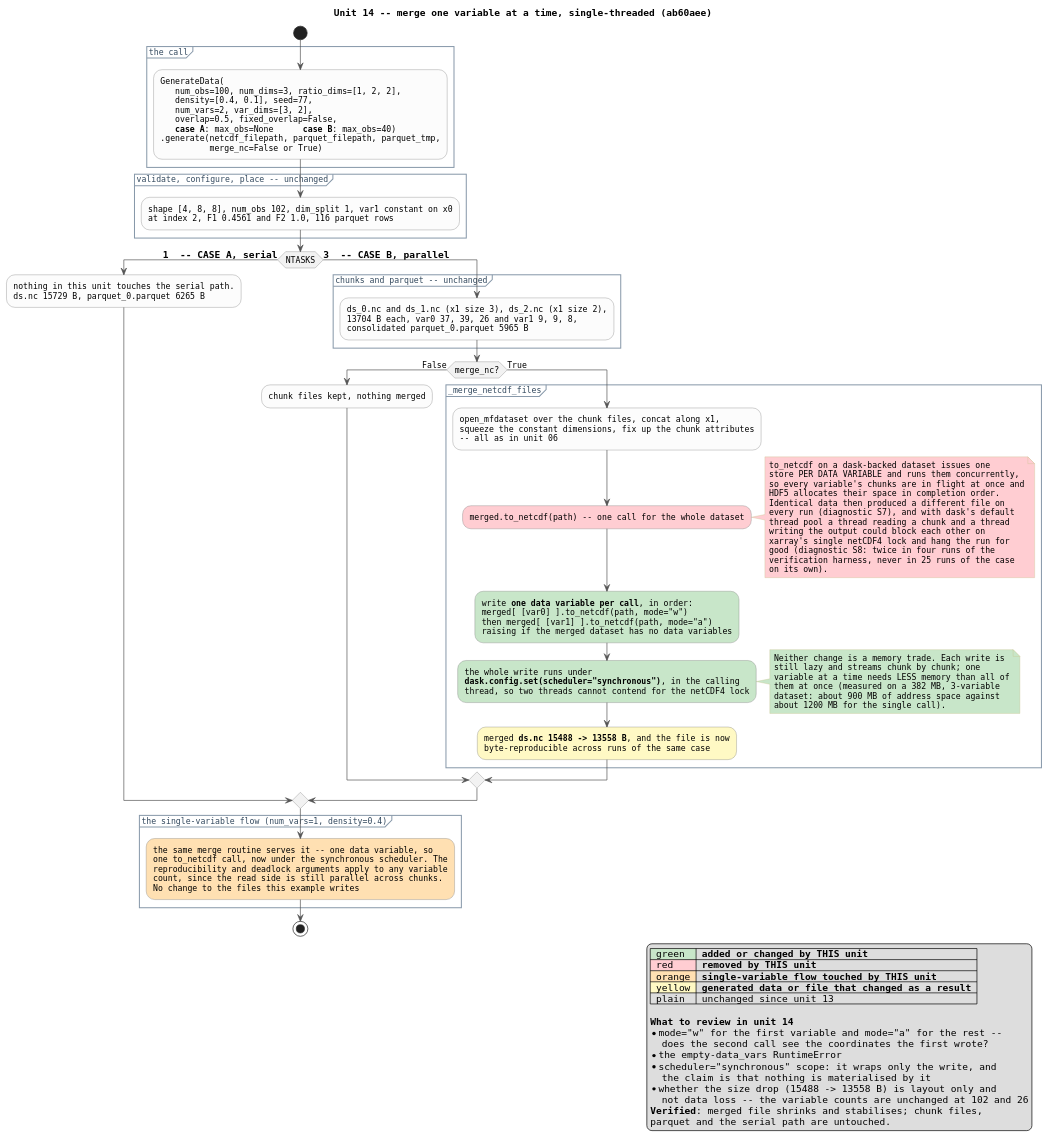
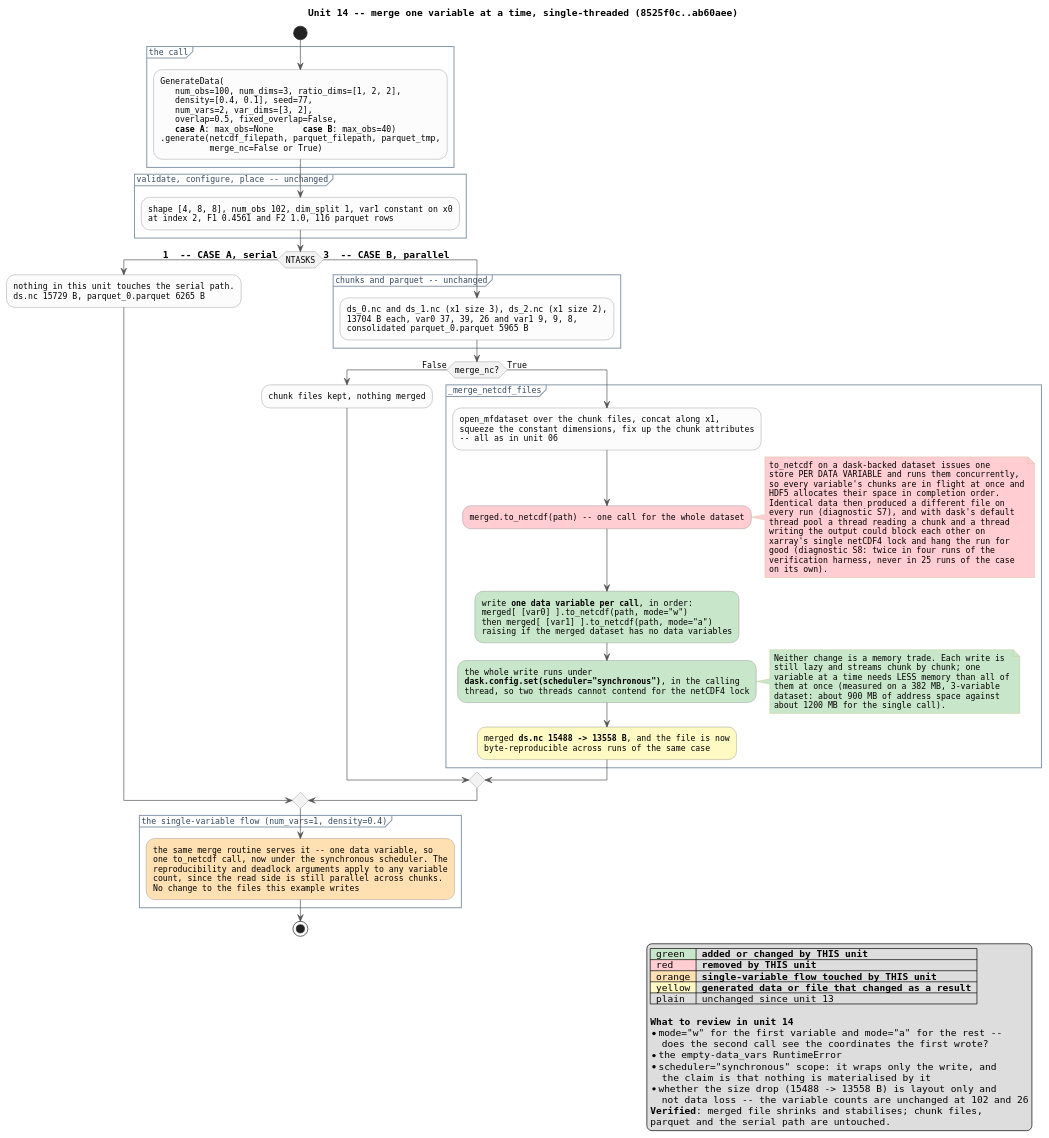
One commit to boom-lab/tabray changed the diagram in docs/review_14_netcdf_merge.puml. Above: the diagram before and after it, drawn with PlantUML. The commit also changed 19 other files, not shown here.

Commit message:
update puml diagrams for review

```diff
--- a/docs/review_14_netcdf_merge.puml
+++ b/docs/review_14_netcdf_merge.puml
@@ -1,132 +1,132 @@
 @startuml review_14_netcdf_merge
 ' Review unit 14 of 15 -- see docs/review_diagrams.md for the series.
 ' State AFTER commit ab60aee (src +195/-7).
 ' Every number below is from a run of the three cases at commit ab60aee.
 ' Render: plantuml docs/review_14_netcdf_merge.puml
 
-title Unit 14 -- merge one variable at a time, single-threaded (ab60aee)
+title Unit 14 -- merge one variable at a time, single-threaded (8525f0c..ab60aee)
 
 skinparam shadowing false
 skinparam defaultFontName Monospaced
 skinparam defaultFontSize 12
 skinparam ArrowColor #555555
 skinparam activity {
   BackgroundColor #FCFCFC
   BorderColor #777777
   DiamondBackgroundColor #F2F2F2
   DiamondBorderColor #777777
 }
 skinparam partition {
   BorderColor #8899AA
   FontColor #33495E
 }
 skinparam note {
   BackgroundColor #FFFDF0
   BorderColor #C8C08A
 }
 
 start
 
 partition "the call" {
   :GenerateData(
      num_obs=100, num_dims=3, ratio_dims=[1, 2, 2],
      density=[0.4, 0.1], seed=77,
      num_vars=2, var_dims=[3, 2],
      overlap=0.5, fixed_overlap=False,
      <b>case A</b>: max_obs=None      <b>case B</b>: max_obs=40)
   .generate(netcdf_filepath, parquet_filepath, parquet_tmp,
             merge_nc=False or True);
 }
 
 partition "validate, configure, place -- unchanged" {
   :shape [4, 8, 8], num_obs 102, dim_split 1, var1 constant on x0
   at index 2, F1 0.4561 and F2 1.0, 116 parquet rows;
 }
 
 if (NTASKS) then (== 1  -- CASE A, serial)
 
   :nothing in this unit touches the serial path.
   ds.nc 15729 B, parquet_0.parquet 6265 B;
 
 else (== 3  -- CASE B, parallel)
 
   partition "chunks and parquet -- unchanged" {
     :ds_0.nc and ds_1.nc (x1 size 3), ds_2.nc (x1 size 2),
     13704 B each, var0 37, 39, 26 and var1 9, 9, 8,
     consolidated parquet_0.parquet 5965 B;
   }
 
   if (merge_nc?) then (False)
     :chunk files kept, nothing merged;
   else (True)
     partition "_merge_netcdf_files" {
       :open_mfdataset over the chunk files, concat along x1,
       squeeze the constant dimensions, fix up the chunk attributes
       -- all as in unit 06;
       #FFCDD2:merged.to_netcdf(path) -- one call for the whole dataset;
       note right #FFCDD2
         to_netcdf on a dask-backed dataset issues one
         store PER DATA VARIABLE and runs them concurrently,
         so every variable's chunks are in flight at once and
         HDF5 allocates their space in completion order.
         Identical data then produced a different file on
         every run (diagnostic S7), and with dask's default
         thread pool a thread reading a chunk and a thread
         writing the output could block each other on
         xarray's single netCDF4 lock and hang the run for
         good (diagnostic S8: twice in four runs of the
         verification harness, never in 25 runs of the case
         on its own).
       end note
       #C8E6C9:write <b>one data variable per call</b>, in order:
       merged[ [var0] ].to_netcdf(path, mode="w")
       then merged[ [var1] ].to_netcdf(path, mode="a")
       raising if the merged dataset has no data variables;
       #C8E6C9:the whole write runs under
       <b>dask.config.set(scheduler="synchronous")</b>, in the calling
       thread, so two threads cannot contend for the netCDF4 lock;
       note right #C8E6C9
         Neither change is a memory trade. Each write is
         still lazy and streams chunk by chunk; one
         variable at a time needs LESS memory than all of
         them at once (measured on a 382 MB, 3-variable
         dataset: about 900 MB of address space against
         about 1200 MB for the single call).
       end note
       #FFF9C4:merged <b>ds.nc 15488 -> 13558 B</b>, and the file is now
       byte-reproducible across runs of the same case;
     }
   endif
 
 endif
 
 partition "the single-variable flow (num_vars=1, density=0.4)" {
   #FFE0B2:the same merge routine serves it -- one data variable, so
   one to_netcdf call, now under the synchronous scheduler. The
   reproducibility and deadlock arguments apply to any variable
   count, since the read side is still parallel across chunks.
   No change to the files this example writes;
 }
 
 stop
 
 legend right
   |<#C8E6C9> green |= added or changed by THIS unit |
   |<#FFCDD2> red |= removed by THIS unit |
   |<#FFE0B2> orange |= single-variable flow touched by THIS unit |
   |<#FFF9C4> yellow |= generated data or file that changed as a result |
   | plain | unchanged since unit 13 |
 
   <b>What to review in unit 14</b>
   * mode="w" for the first variable and mode="a" for the rest --
     does the second call see the coordinates the first wrote?
   * the empty-data_vars RuntimeError
   * scheduler="synchronous" scope: it wraps only the write, and
     the claim is that nothing is materialised by it
   * whether the size drop (15488 -> 13558 B) is layout only and
     not data loss -- the variable counts are unchanged at 102 and 26
   <b>Verified</b>: merged file shrinks and stabilises; chunk files,
   parquet and the serial path are untouched.
 end legend
 
 @enduml
```
